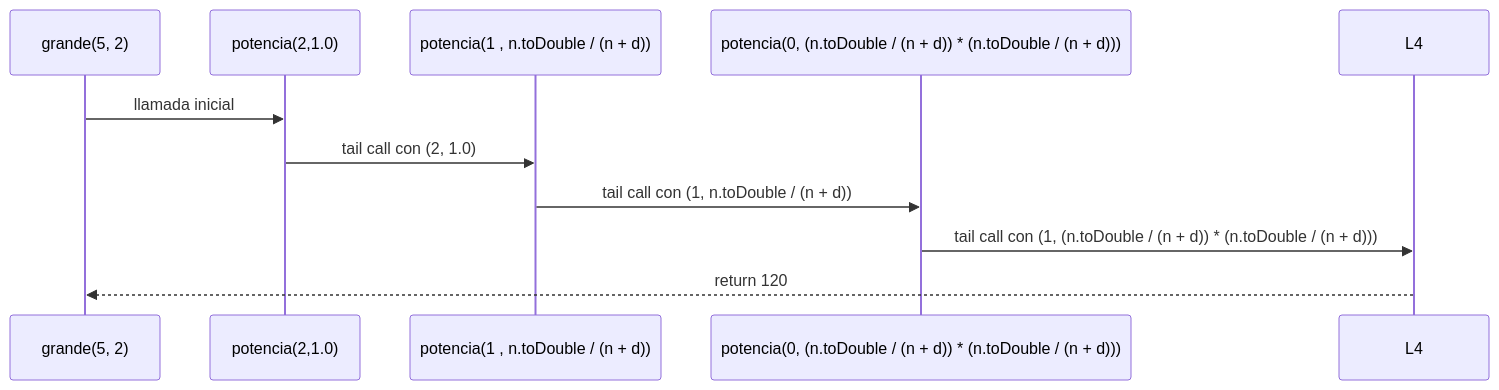
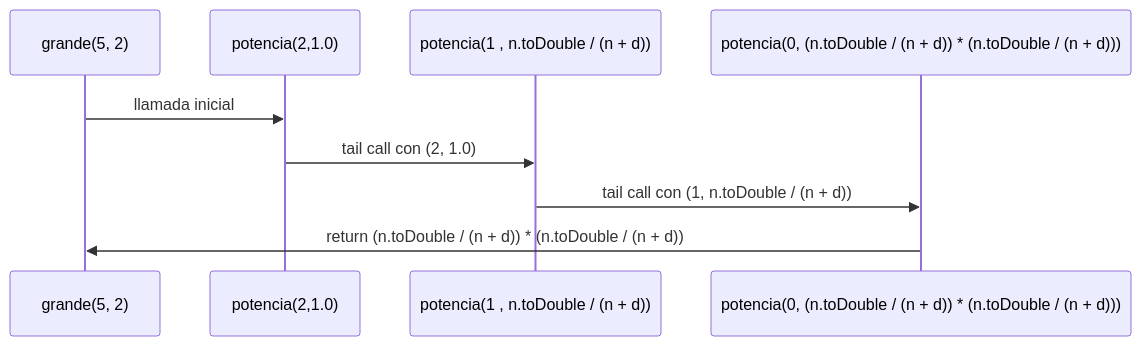
One commit to 2025-II-PFC-FLP/taller-2-pfc-2025-ii-team-taller2 changed the diagram in docs/Informe_de_proceso_funcion_grande.md. Above: the diagram before and after it, drawn with Mermaid. The commit also changed other lines of this file, not shown here.

````diff
--- a/docs/Informe_de_proceso_funcion_grande.md
+++ b/docs/Informe_de_proceso_funcion_grande.md
@@ -119,13 +119,13 @@
 ```mermaid
 sequenceDiagram
     participant Main as grande(5, 2)
     participant L1 as potencia(2,1.0)
     participant L2 as potencia(1 , n.toDouble / (n + d))
     participant L3 as potencia(0, (n.toDouble / (n + d)) * (n.toDouble / (n + d)))
-
+    
     Main->>L1: llamada inicial
     L1->>L2: tail call con (2, 1.0)
     L2->>L3: tail call con (1, n.toDouble / (n + d))
-    L3->>L4: tail call con (1, (n.toDouble / (n + d)) * (n.toDouble / (n + d)))
-    L4-->>Main: return 120
+    L3->>Main: return (n.toDouble / (n + d)) * (n.toDouble / (n + d))
+   
 ```
````
